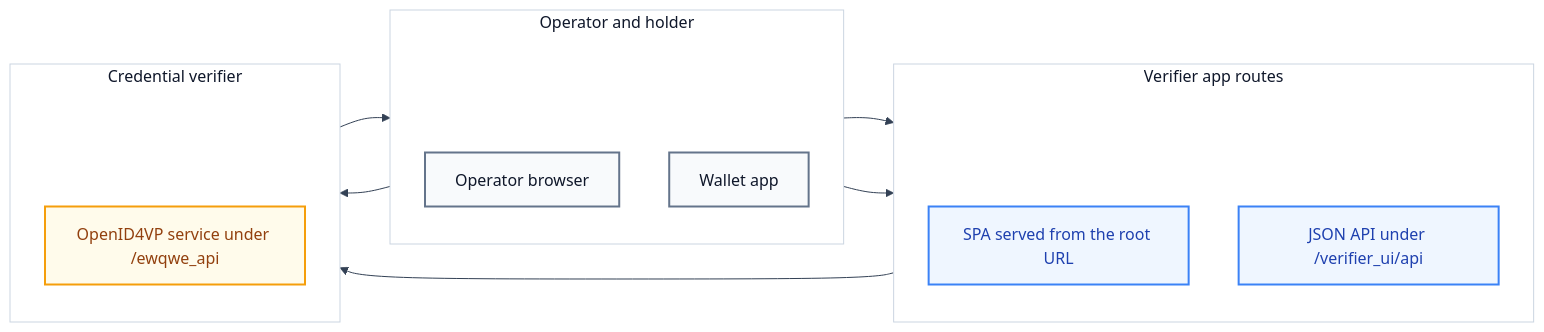
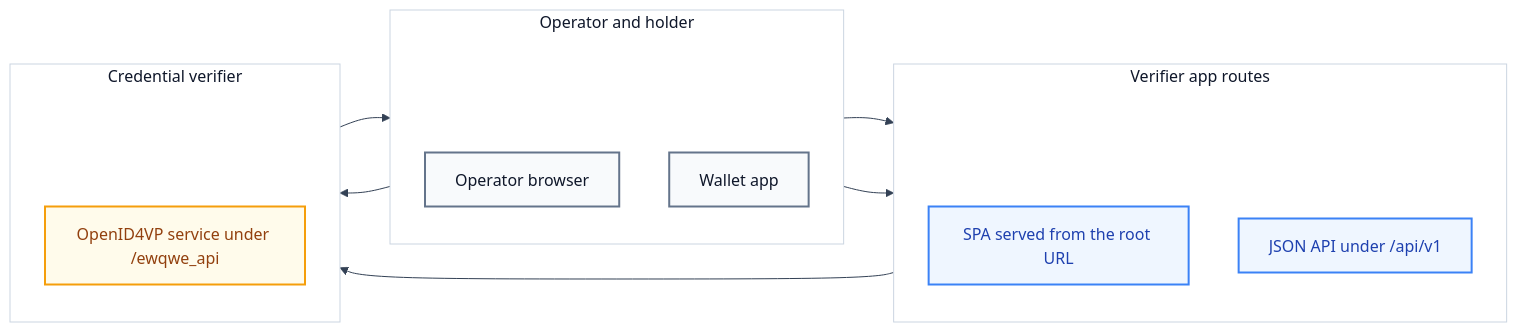
The diagram in documentation/src/reference/verifier-app/verifier-app.md (rd-ewqwe/ewqwe-identity), drawn with Mermaid before and after one commit. The commit also changed other lines of this file and 5 other files, not shown here.

````diff
--- a/documentation/src/reference/verifier-app/verifier-app.md
+++ b/documentation/src/reference/verifier-app/verifier-app.md
@@ -9,38 +9,38 @@
 ```mermaid
 %%{init: {'theme': 'base', 'themeVariables': { 'background': '#ffffff', 'mainBkg': '#ffffff', 'clusterBkg': '#ffffff', 'clusterBorder': '#cbd5e1', 'lineColor': '#334155', 'primaryColor': '#ffffff', 'secondaryColor': '#ffffff', 'tertiaryColor': '#ffffff', 'primaryTextColor': '#0f172a', 'secondaryTextColor': '#0f172a', 'tertiaryTextColor': '#0f172a', 'edgeLabelBackground': '#ffffff' }}}%%
 flowchart LR
     subgraph ACTORS["Operator and holder"]
         direction TB
         SP1[" "]
         OPE["Operator browser"]
         WAL["Wallet app"]
         SP1 ~~~ OPE
     end
     subgraph VA["Verifier app routes"]
         direction TB
         SP2[" "]
         SPA["SPA served from the root URL"]
-        API["JSON API under /verifier_ui/api"]
+        API["JSON API under /api/v1"]
         SP2 ~~~ SPA
     end
     subgraph CV["Credential verifier"]
         direction TB
         SP3[" "]
         OID["OpenID4VP service under /ewqwe_api"]
         SP3 ~~~ OID
     end
     OPE --> SPA
     OPE --> API
     API --> OID
     WAL --> OID
     OID --> WAL
     classDef cExt fill:#f8fafc,stroke:#64748b,stroke-width:2px,color:#0f172a;
     classDef cMgmt fill:#eff6ff,stroke:#3b82f6,stroke-width:2px,color:#1e40af;
     classDef cCtrl fill:#fffbeb,stroke:#f59e0b,stroke-width:2px,color:#92400e;
     class OPE,WAL cExt;
     class SPA,API cMgmt;
     class OID cCtrl;
     style SP1 fill:none,stroke:none
     style SP2 fill:none,stroke:none
     style SP3 fill:none,stroke:none
 ```
````
